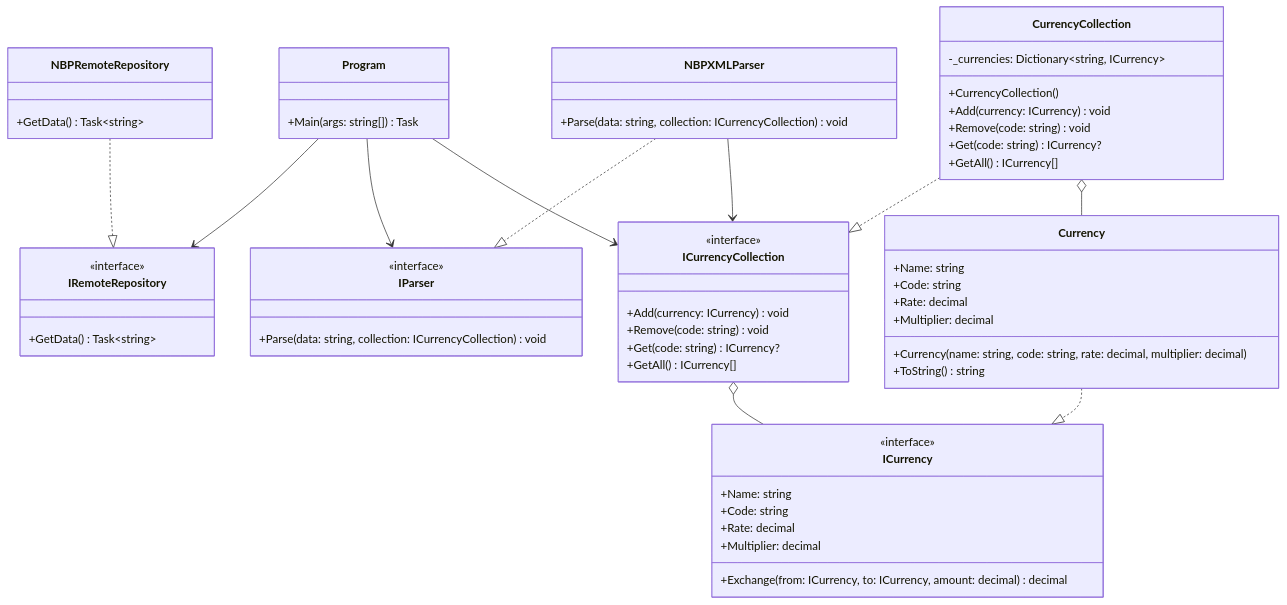
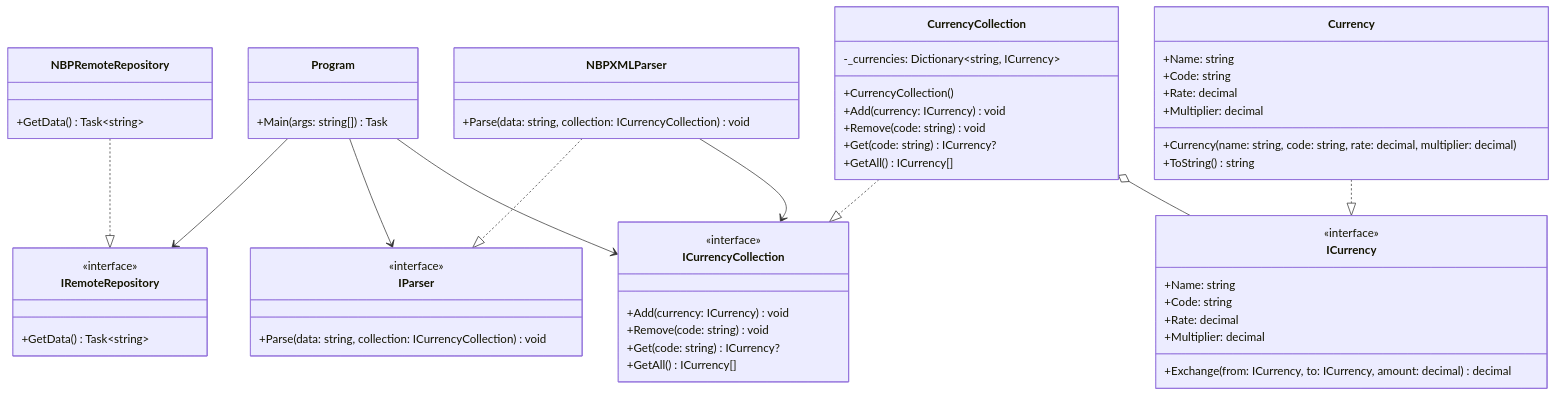
Before and after one commit to LostInTheLogs/PK-TO: the diagram in README.md, drawn with Mermaid.

Commit message:
Fix diagram notation in README.md

````diff
--- a/README.md
+++ b/README.md
@@ -1,74 +1,74 @@
 ```mermaid
 classDiagram
     class Program {
         +Main(args: string[]) Task
     }
 
     class IRemoteRepository {
         <<interface>>
         +GetData() Task~string~
     }
 
     class NBPRemoteRepository {
         +GetData() Task~string~
     }
 
     class IParser {
         <<interface>>
         +Parse(data: string, collection: ICurrencyCollection) void
     }
 
     class NBPXMLParser {
         +Parse(data: string, collection: ICurrencyCollection) void
     }
 
     class ICurrency {
         <<interface>>
         +Name: string
         +Code: string
         +Rate: decimal
         +Multiplier: decimal
         +Exchange(from: ICurrency, to: ICurrency, amount: decimal) decimal
     }
 
     class Currency {
         +Name: string
         +Code: string
         +Rate: decimal
         +Multiplier: decimal
         +Currency(name: string, code: string, rate: decimal, multiplier: decimal)
         +ToString() string
     }
 
     class ICurrencyCollection {
         <<interface>>
         +Add(currency: ICurrency) void
         +Remove(code: string) void
         +Get(code: string) ICurrency?
         +GetAll() ICurrency[]
     }
 
     class CurrencyCollection {
         -_currencies: Dictionary~string, ICurrency~
         +CurrencyCollection()
         +Add(currency: ICurrency) void
         +Remove(code: string) void
         +Get(code: string) ICurrency?
         +GetAll() ICurrency[]
     }
 
     Program --> IRemoteRepository
 
 
     Program --> IParser
     Program --> ICurrencyCollection
 
     NBPRemoteRepository ..|> IRemoteRepository
     NBPXMLParser ..|> IParser
     Currency ..|> ICurrency
     CurrencyCollection ..|> ICurrencyCollection
 
-    ICurrencyCollection o-- ICurrency
-    CurrencyCollection o-- Currency
+    CurrencyCollection o-- ICurrency
     NBPXMLParser --> ICurrencyCollection
+
 ```
````
